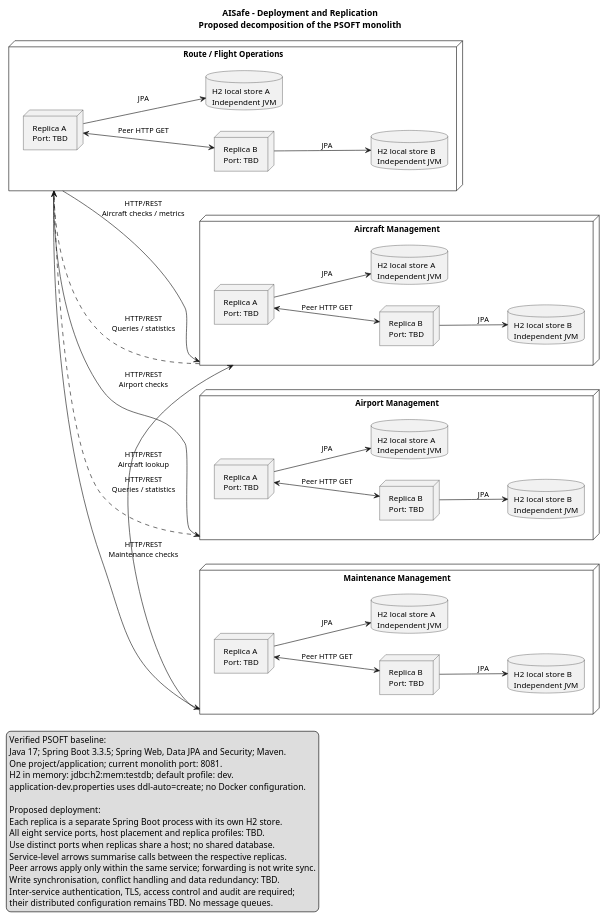
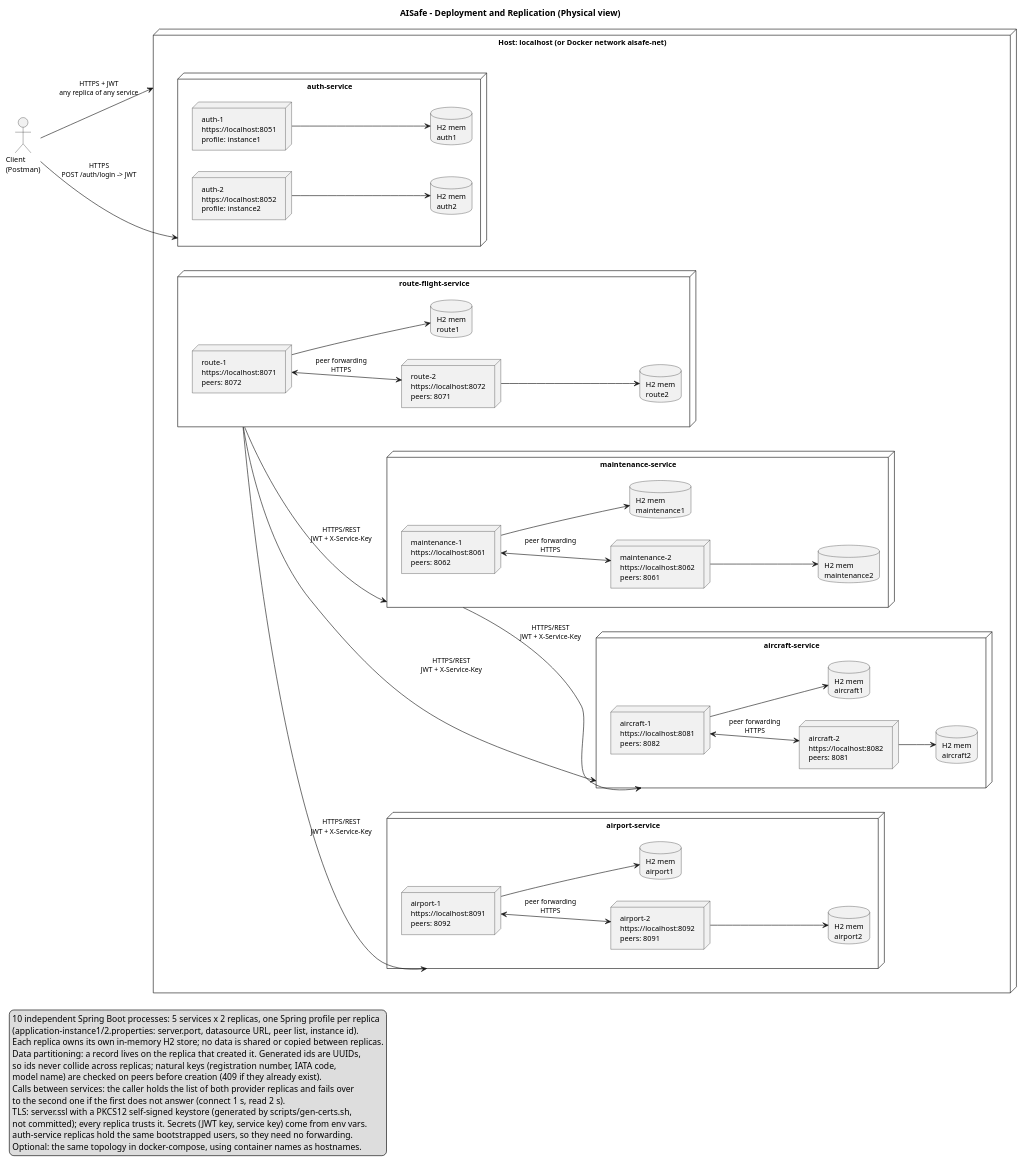
Before and after one commit to KolmerKinga/sisdig_1230426_1231051: the diagram in AISafe/docs/aisafe_diagrams/aisafe_deployment_replication.puml, drawn with PlantUML. The commit also changed 20 other files, not shown here.

Commit message:
Alteração e correção nos diagramas .puml e na justificação

```diff
--- a/AISafe/docs/aisafe_diagrams/aisafe_deployment_replication.puml
+++ b/AISafe/docs/aisafe_diagrams/aisafe_deployment_replication.puml
@@ -1,83 +1,87 @@
 @startuml
-' Sources: ZIP pom.xml, application.properties, application-dev.properties,
-' package/controller/repository analysis; SIDIS assignment, PL2, PL3;
-' output/arq_corrigida.puml.
-' Existing code: one Maven project and one Spring Boot application, not four
-' separately deployed services. Packages Aircraft/AircraftCatalog -> Aircraft;
-' Airport -> Airport; Route/Flight -> Route; Maintenance -> Maintenance.
-' The ZIP contains no Dockerfile/Compose configuration or inter-service client.
-' H2 per replica is an initial proposal using the existing database technology.
-' Hosts, eight future ports, peer URLs, separate builds and replica profiles TBD.
-title AISafe - Deployment and Replication\nProposed decomposition of the PSOFT monolith
+title AISafe - Deployment and Replication (Physical view)
+
 left to right direction
 skinparam monochrome true
 skinparam shadowing false
-skinparam componentStyle rectangle
-skinparam packageStyle rectangle
 skinparam defaultFontName SansSerif
-skinparam defaultFontSize 13
-skinparam ArrowFontSize 12
-skinparam NoteBackgroundColor white
+skinparam defaultFontSize 12
+skinparam ArrowFontSize 11
 
-node "Route / Flight Operations" as Route {
-  node "Replica A\nPort: TBD" as RA
-  node "Replica B\nPort: TBD" as RB
-  database "H2 local store A\nIndependent JVM" as RDA
-  database "H2 local store B\nIndependent JVM" as RDB
-  RA <--> RB : Peer HTTP GET
-  RA --> RDA : JPA
-  RB --> RDB : JPA
-}
-node "Aircraft Management" as Aircraft {
-  node "Replica A\nPort: TBD" as AA
-  node "Replica B\nPort: TBD" as AB
-  database "H2 local store A\nIndependent JVM" as ADA
-  database "H2 local store B\nIndependent JVM" as ADB
-  AA <--> AB : Peer HTTP GET
-  AA --> ADA : JPA
-  AB --> ADB : JPA
-}
-node "Airport Management" as Airport {
-  node "Replica A\nPort: TBD" as PA
-  node "Replica B\nPort: TBD" as PB
-  database "H2 local store A\nIndependent JVM" as PDA
-  database "H2 local store B\nIndependent JVM" as PDB
-  PA <--> PB : Peer HTTP GET
-  PA --> PDA : JPA
-  PB --> PDB : JPA
-}
-node "Maintenance Management" as Maintenance {
-  node "Replica A\nPort: TBD" as MA
-  node "Replica B\nPort: TBD" as MB
-  database "H2 local store A\nIndependent JVM" as MDA
-  database "H2 local store B\nIndependent JVM" as MDB
-  MA <--> MB : Peer HTTP GET
-  MA --> MDA : JPA
-  MB --> MDB : JPA
+actor "Client\n(Postman)" as Client
+
+node "Host: localhost (or Docker network aisafe-net)" as Host {
+
+  node "auth-service" as AuthSvc {
+    node "auth-1\nhttps://localhost:8051\nprofile: instance1" as AU1
+    node "auth-2\nhttps://localhost:8052\nprofile: instance2" as AU2
+    database "H2 mem\nauth1" as AUD1
+    database "H2 mem\nauth2" as AUD2
+    AU1 --> AUD1
+    AU2 --> AUD2
+  }
+
+  node "aircraft-service" as AircraftSvc {
+    node "aircraft-1\nhttps://localhost:8081\npeers: 8082" as AC1
+    node "aircraft-2\nhttps://localhost:8082\npeers: 8081" as AC2
+    database "H2 mem\naircraft1" as ACD1
+    database "H2 mem\naircraft2" as ACD2
+    AC1 --> ACD1
+    AC2 --> ACD2
+    AC1 <--> AC2 : peer forwarding\nHTTPS
+  }
+
+  node "airport-service" as AirportSvc {
+    node "airport-1\nhttps://localhost:8091\npeers: 8092" as AP1
+    node "airport-2\nhttps://localhost:8092\npeers: 8091" as AP2
+    database "H2 mem\nairport1" as APD1
+    database "H2 mem\nairport2" as APD2
+    AP1 --> APD1
+    AP2 --> APD2
+    AP1 <--> AP2 : peer forwarding\nHTTPS
+  }
+
+  node "route-flight-service" as RouteSvc {
+    node "route-1\nhttps://localhost:8071\npeers: 8072" as RF1
+    node "route-2\nhttps://localhost:8072\npeers: 8071" as RF2
+    database "H2 mem\nroute1" as RFD1
+    database "H2 mem\nroute2" as RFD2
+    RF1 --> RFD1
+    RF2 --> RFD2
+    RF1 <--> RF2 : peer forwarding\nHTTPS
+  }
+
+  node "maintenance-service" as MaintSvc {
+    node "maintenance-1\nhttps://localhost:8061\npeers: 8062" as MT1
+    node "maintenance-2\nhttps://localhost:8062\npeers: 8061" as MT2
+    database "H2 mem\nmaintenance1" as MTD1
+    database "H2 mem\nmaintenance2" as MTD2
+    MT1 --> MTD1
+    MT2 --> MTD2
+    MT1 <--> MT2 : peer forwarding\nHTTPS
+  }
 }
 
-Route --> Aircraft : HTTP/REST\nAircraft checks / metrics
-Route --> Airport : HTTP/REST\nAirport checks
-Route --> Maintenance : HTTP/REST\nMaintenance checks
-Maintenance --> Aircraft : HTTP/REST\nAircraft lookup
-Aircraft ..> Route : HTTP/REST\nQueries / statistics
-Airport ..> Route : HTTP/REST\nQueries / statistics
+Client --> AuthSvc : HTTPS\nPOST /auth/login -> JWT
+Client --> Host : HTTPS + JWT\nany replica of any service
+
+RouteSvc --> AircraftSvc : HTTPS/REST\nJWT + X-Service-Key
+RouteSvc --> AirportSvc : HTTPS/REST\nJWT + X-Service-Key
+RouteSvc --> MaintSvc : HTTPS/REST\nJWT + X-Service-Key
+MaintSvc --> AircraftSvc : HTTPS/REST\nJWT + X-Service-Key
 
 legend bottom left
-  Verified PSOFT baseline:
-  Java 17; Spring Boot 3.3.5; Spring Web, Data JPA and Security; Maven.
-  One project/application; current monolith port: 8081.
-  H2 in memory: jdbc:h2:mem:testdb; default profile: dev.
-  application-dev.properties uses ddl-auto=create; no Docker configuration.
-
-  Proposed deployment:
-  Each replica is a separate Spring Boot process with its own H2 store.
-  All eight service ports, host placement and replica profiles: TBD.
-  Use distinct ports when replicas share a host; no shared database.
-  Service-level arrows summarise calls between the respective replicas.
-  Peer arrows apply only within the same service; forwarding is not write sync.
-  Write synchronisation, conflict handling and data redundancy: TBD.
-  Inter-service authentication, TLS, access control and audit are required;
-  their distributed configuration remains TBD. No message queues.
+  10 independent Spring Boot processes: 5 services x 2 replicas, one Spring profile per replica
+  (application-instance1/2.properties: server.port, datasource URL, peer list, instance id).
+  Each replica owns its own in-memory H2 store; no data is shared or copied between replicas.
+  Data partitioning: a record lives on the replica that created it. Generated ids are UUIDs,
+  so ids never collide across replicas; natural keys (registration number, IATA code,
+  model name) are checked on peers before creation (409 if they already exist).
+  Calls between services: the caller holds the list of both provider replicas and fails over
+  to the second one if the first does not answer (connect 1 s, read 2 s).
+  TLS: server.ssl with a PKCS12 self-signed keystore (generated by scripts/gen-certs.sh,
+  not committed); every replica trusts it. Secrets (JWT key, service key) come from env vars.
+  auth-service replicas hold the same bootstrapped users, so they need no forwarding.
+  Optional: the same topology in docker-compose, using container names as hostnames.
 endlegend
 @enduml
```
